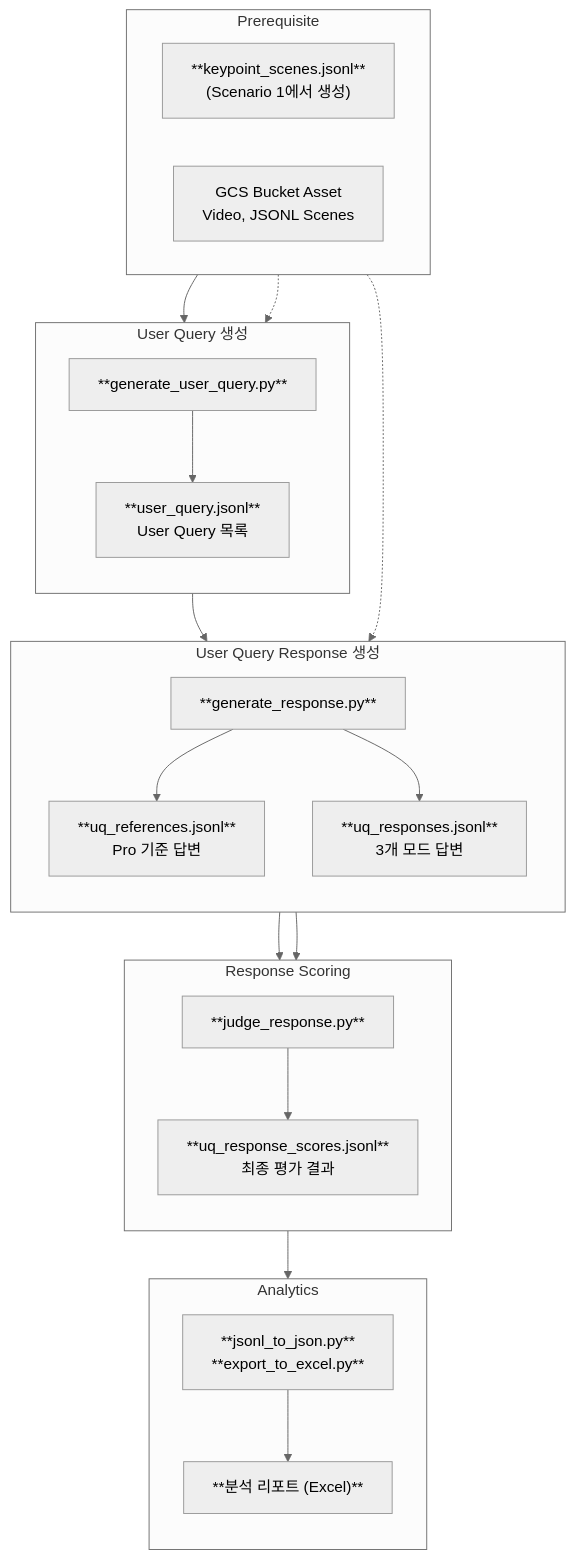
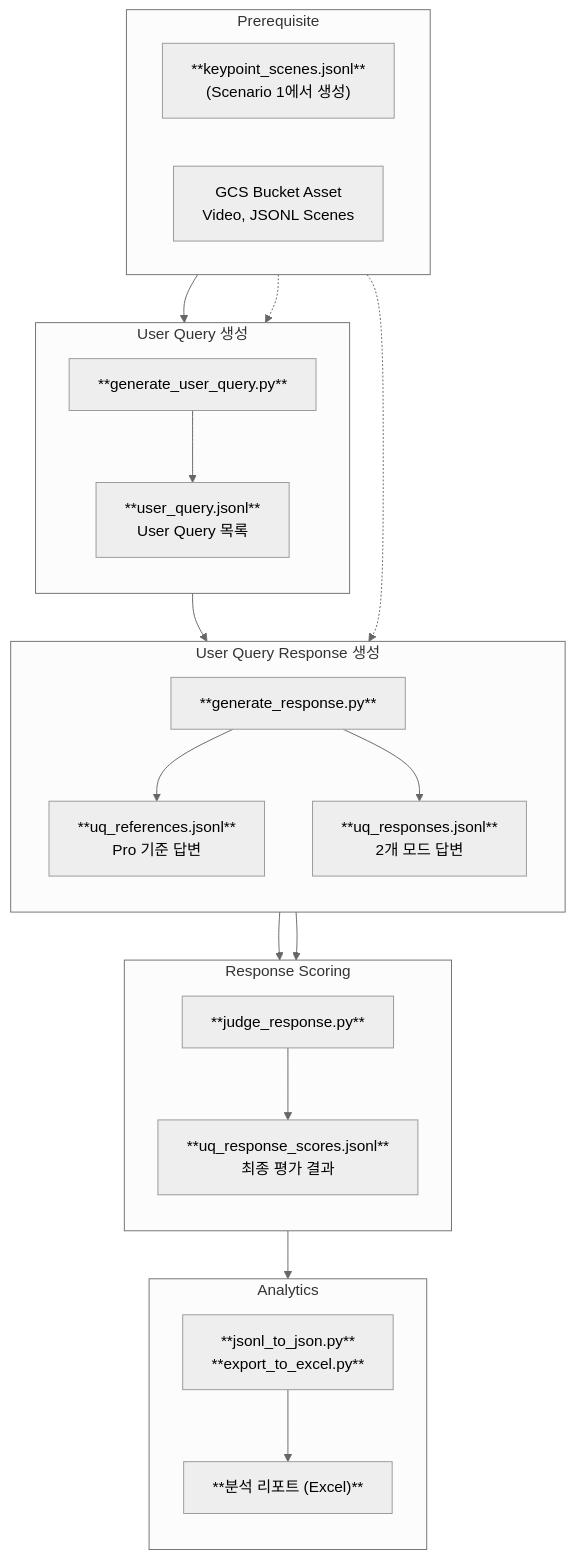
Before and after one commit to obeychoi0120/LLMJudge: the second of 2 diagrams in README.md, drawn with Mermaid (neutral theme). The commit also changed other lines of this file and 7 other files, not shown here.

````diff
--- a/README.md
+++ b/README.md
@@ -58,49 +58,49 @@
 ```mermaid
 flowchart TD
     subgraph INPUT2["Prerequisite"]
         direction LR
         KP_IN["**keypoint_scenes.jsonl**<br/>(Scenario 1에서 생성)"]
         GCS2["GCS Bucket Asset<br/>Video, JSONL Scenes"]
     end
 
     subgraph STEP3["User Query 생성"]
         direction TB
         UQ_SCRIPT["**generate_user_query.py**"]
         UQ_OUT["**user_query.jsonl**<br/>User Query 목록"]
     end
 
     subgraph STEP4["User Query Response 생성"]
         direction TB
         R_SCRIPT["**generate_response.py**"]
         R_REF["**uq_references.jsonl**<br/>Pro 기준 답변"]
-        R_ANS["**uq_responses.jsonl**<br/>3개 모드 답변"]
+        R_ANS["**uq_responses.jsonl**<br/>2개 모드 답변"]
     end
 
     subgraph STEP5["Response Scoring"]
         direction TB
         RJ_SCRIPT["**judge_response.py**"]
         RJ_OUT["**uq_response_scores.jsonl**<br/>최종 평가 결과"]
     end
 
     subgraph STEP6["Analytics"]
         direction TB
         A_SCRIPT["**jsonl_to_json.py**<br/>**export_to_excel.py**"]
         A_OUT["**분석 리포트 (Excel)**"]
     end
 
     KP_IN --> UQ_SCRIPT
     GCS2 -.-> UQ_SCRIPT
     UQ_SCRIPT --> UQ_OUT
 
     UQ_OUT --> R_SCRIPT
     GCS2 -.-> R_SCRIPT
     R_SCRIPT --> R_REF
     R_SCRIPT --> R_ANS
 
     R_REF --> RJ_SCRIPT
     R_ANS --> RJ_SCRIPT
     RJ_SCRIPT --> RJ_OUT
 
     RJ_OUT --> A_SCRIPT
     A_SCRIPT --> A_OUT
 ```
````
